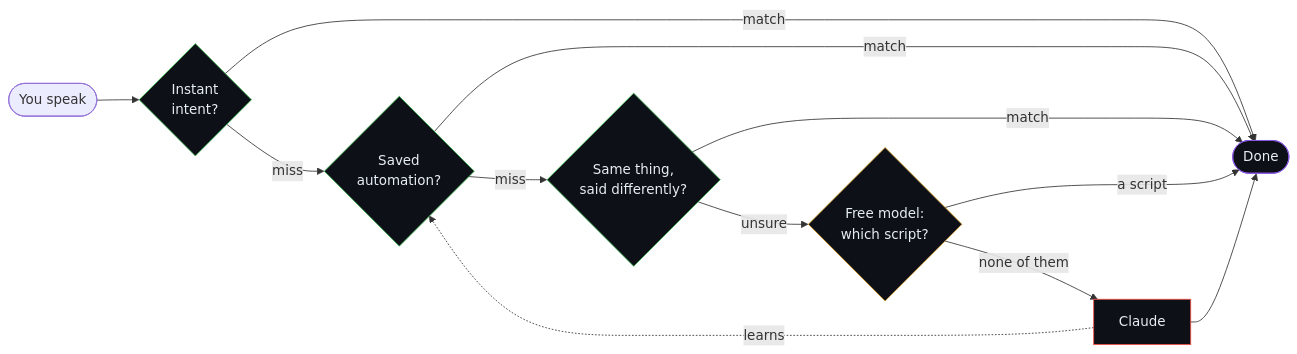
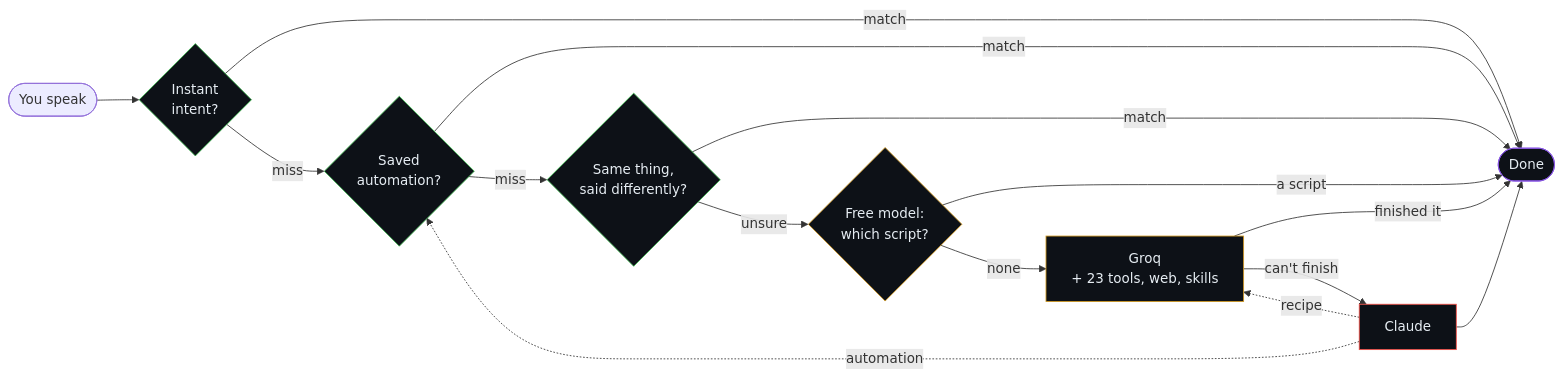
Before and after one commit to unexperiencedone/assistant-: the first of 5 diagrams in README.md, drawn with Mermaid. The commit also changed other lines of this file and 1 other file, not shown here.

First line of the commit message:
docs: document the Groq-first cascade, and add a user flow

````diff
--- a/README.md
+++ b/README.md
@@ -40,21 +40,25 @@
 ```mermaid
 flowchart LR
     A([You speak]) --> B{Instant<br/>intent?}
     B -->|match| Z([Done])
     B -->|miss| C{Saved<br/>automation?}
     C -->|match| Z
     C -->|miss| D{Same thing,<br/>said differently?}
     D -->|match| Z
     D -->|unsure| E{Free model:<br/>which script?}
     E -->|a script| Z
-    E -->|none of them| F[Claude]
+    E -->|none| G[Groq<br/>+ 23 tools, web, skills]
+    G -->|finished it| Z
+    G -->|"can't finish"| F[Claude]
     F --> Z
-    F -.learns.-> C
+    F -.->|recipe| G
+    F -.->|automation| C
 
     style B fill:#0d1117,stroke:#3fb950,color:#e6edf3
     style C fill:#0d1117,stroke:#3fb950,color:#e6edf3
     style D fill:#0d1117,stroke:#3fb950,color:#e6edf3
     style E fill:#0d1117,stroke:#d29922,color:#e6edf3
+    style G fill:#0d1117,stroke:#d29922,color:#e6edf3
     style F fill:#0d1117,stroke:#f85149,color:#e6edf3
     style Z fill:#0d1117,stroke:#8957e5,color:#e6edf3
 ```
````
